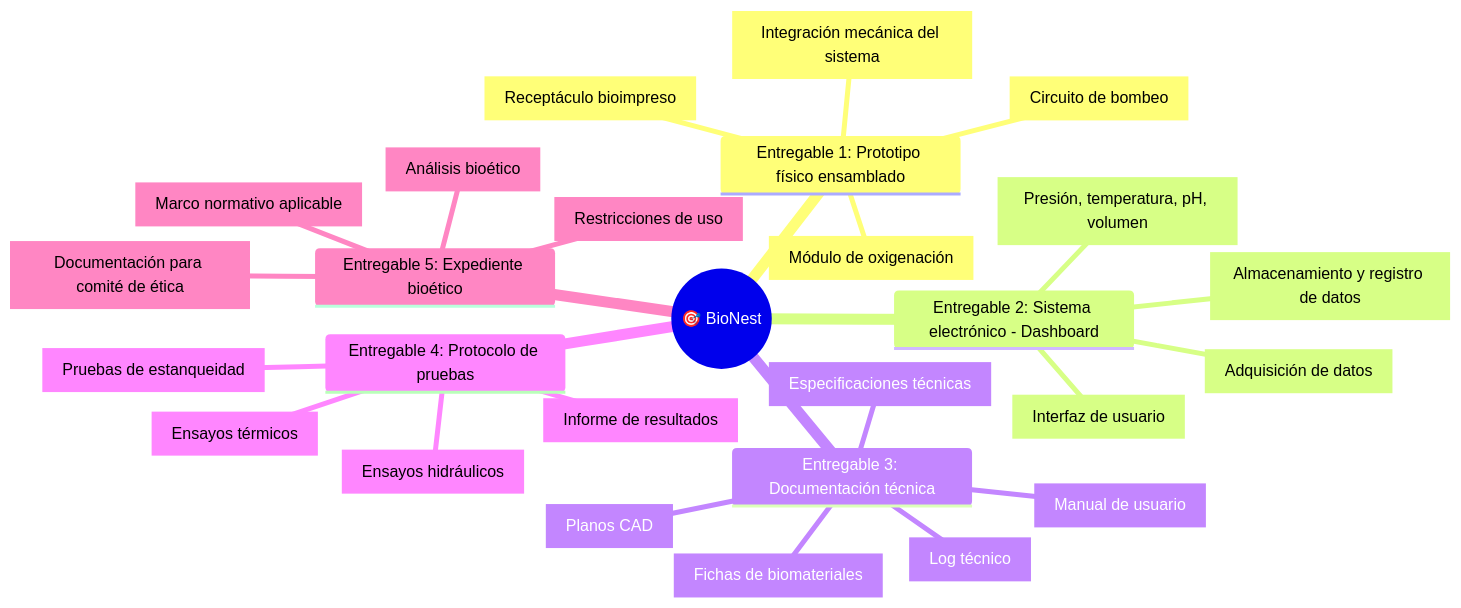
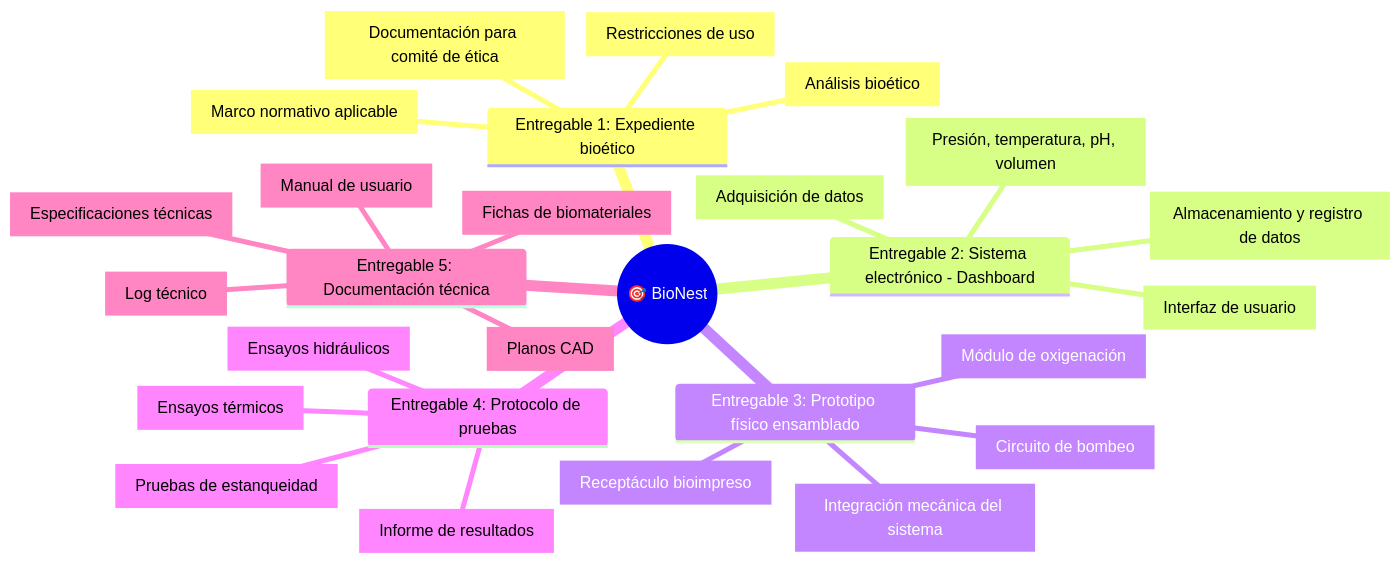
Before and after one commit to sheilariffel/PlandeProyecto_grupo6: the diagram in docs/01-plan-inicial/entregables.md, drawn with Mermaid.

````diff
--- a/docs/01-plan-inicial/entregables.md
+++ b/docs/01-plan-inicial/entregables.md
@@ -5,30 +5,30 @@
 ```mermaid
 mindmap
   root(("🎯 BioNest"))
-    Entregable 1: Prototipo físico ensamblado
-      [Módulo de oxigenación]
-      [Circuito de bombeo]
-      [Integración mecánica del sistema]
-      [Receptáculo bioimpreso]
+    Entregable 1: Expediente bioético
+      [Restricciones de uso]
+      [Análisis bioético]
+      [Documentación para comité de ética]
+      [Marco normativo aplicable]
     Entregable 2: Sistema electrónico - Dashboard
       [Interfaz de usuario]
       [Adquisición de datos]
       [Presión, temperatura, pH, volumen]
       [Almacenamiento y registro de datos]
-    Entregable 3: Documentación técnica
+    Entregable 3: Prototipo físico ensamblado
+      [Módulo de oxigenación]
+      [Circuito de bombeo]
+      [Integración mecánica del sistema]
+      [Receptáculo bioimpreso]
+    Entregable 4: Protocolo de pruebas
+      [Ensayos hidráulicos]
+      [Pruebas de estanqueidad]
+      [Ensayos térmicos]
+      [Informe de resultados]
+    Entregable 5: Documentación técnica
       [Especificaciones técnicas]
       [Planos CAD]
       [Fichas de biomateriales]
       [Log técnico]
       [Manual de usuario]
-    Entregable 4: Protocolo de pruebas
-      [Ensayos hidráulicos]
-      [Pruebas de estanqueidad]
-      [Ensayos térmicos]
-      [Informe de resultados]
-    Entregable 5: Expediente bioético
-      [Restricciones de uso]
-      [Análisis bioético]
-      [Documentación para comité de ética]
-      [Marco normativo aplicable]
 ```
````
